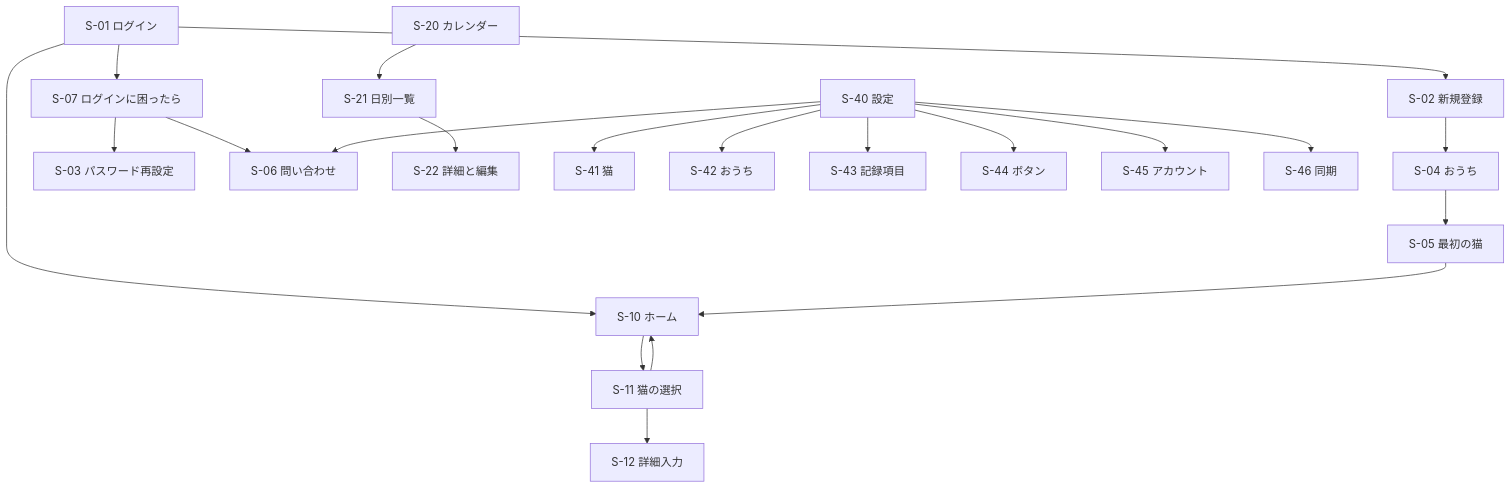
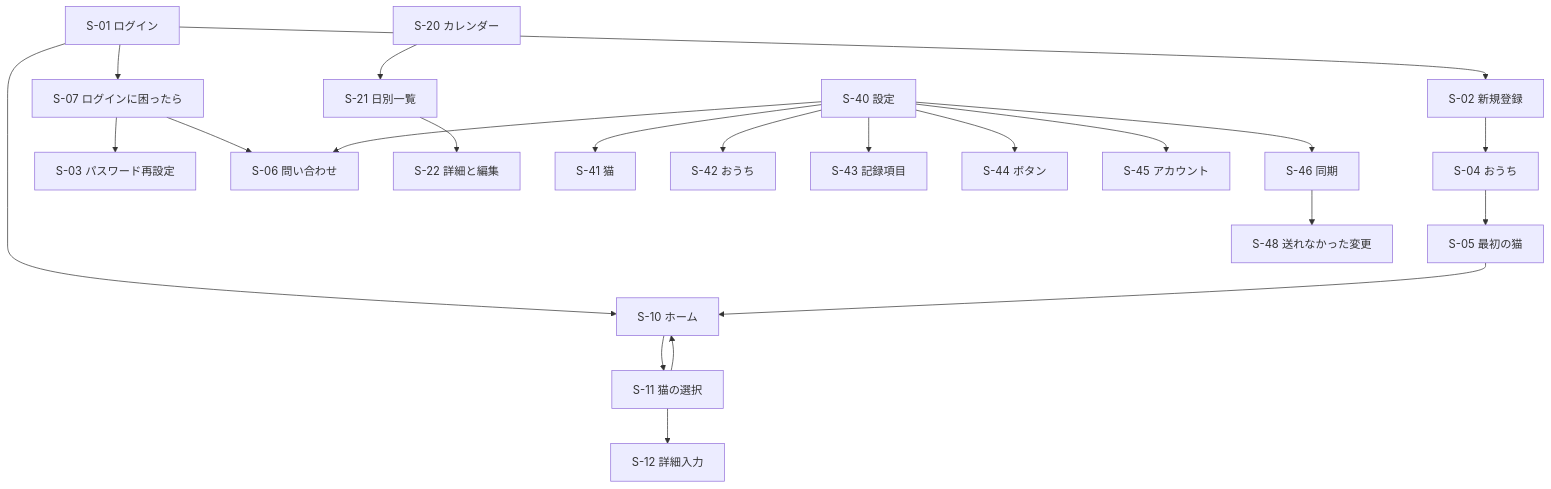
One commit to major182/MeowScope changed the diagram in docs/04_screen-design.md. Above: the diagram before and after it, drawn with Mermaid. The commit also changed other lines of this file and 23 other files, not shown here.

````diff
--- a/docs/04_screen-design.md
+++ b/docs/04_screen-design.md
@@ -60,11 +61,12 @@
 ```mermaid
 flowchart TD
   S01[S-01 ログイン] --> S10[S-10 ホーム]
   S01 --> S02[S-02 新規登録] --> S04[S-04 おうち] --> S05[S-05 最初の猫] --> S10
   S01 --> S07[S-07 ログインに困ったら] --> S03[S-03 パスワード再設定]
   S07 --> S06[S-06 問い合わせ]
   S10 --> S11[S-11 猫の選択] --> S10
   S11 --> S12[S-12 詳細入力]
   S20[S-20 カレンダー] --> S21[S-21 日別一覧] --> S22[S-22 詳細と編集]
   S40[S-40 設定] --> S41[S-41 猫] & S42[S-42 おうち] & S43[S-43 記録項目] & S44[S-44 ボタン] & S45[S-45 アカウント] & S46[S-46 同期] & S06
+  S46 --> S48[S-48 送れなかった変更]
 ```
````
